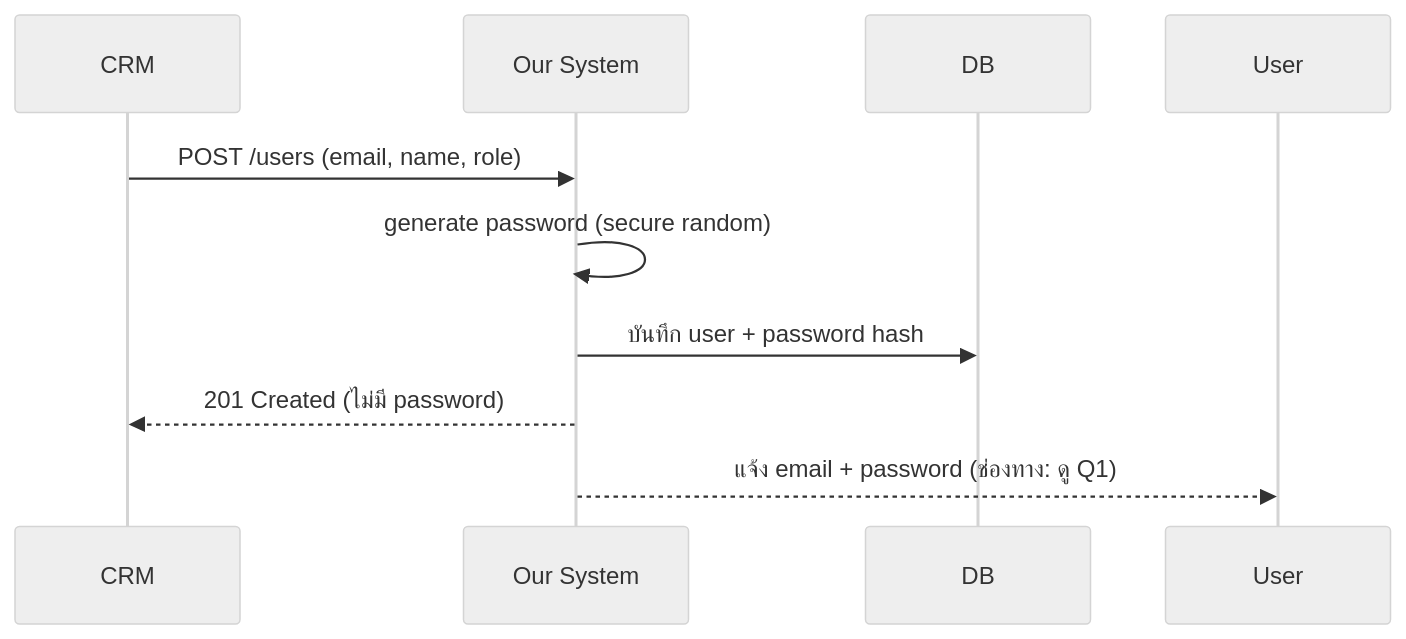
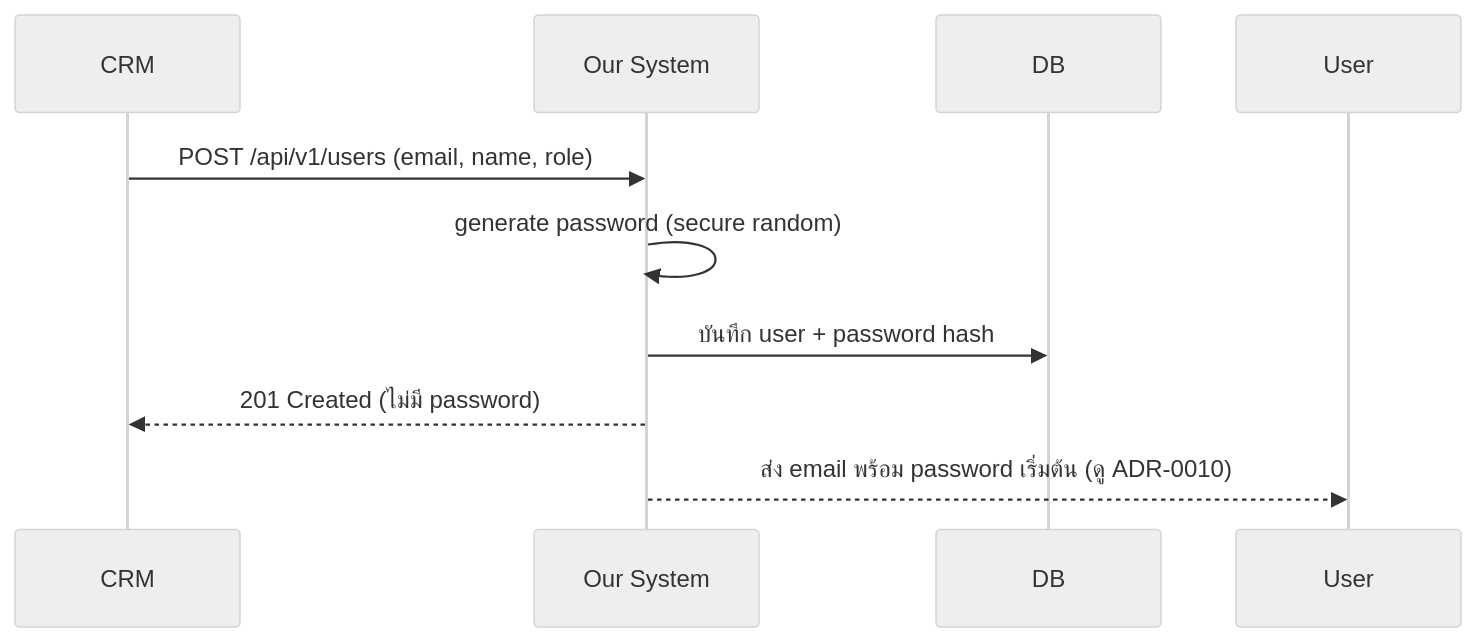
The third of 5 diagrams in document/diagram/login-flow.md (jeweal-pm/f1-system), drawn with Mermaid (neutral theme) before and after one commit. The commit also changed other lines of this file and 32 other files, not shown here.

Commit message:
feat: complete auth flow and login UX

````diff
--- a/document/diagram/login-flow.md
+++ b/document/diagram/login-flow.md
@@ -76,13 +77,13 @@
 ```mermaid
 sequenceDiagram
     participant CRM
     participant API as Our System
     participant DB
     participant U as User
 
-    CRM->>API: POST /users (email, name, role)
+    CRM->>API: POST /api/v1/users (email, name, role)
     API->>API: generate password (secure random)
     API->>DB: บันทึก user + password hash
     API-->>CRM: 201 Created (ไม่มี password)
-    API-->>U: แจ้ง email + password (ช่องทาง: ดู Q1)
+    API-->>U: ส่ง email พร้อม password เริ่มต้น (ดู ADR-0010)
 ```
````
